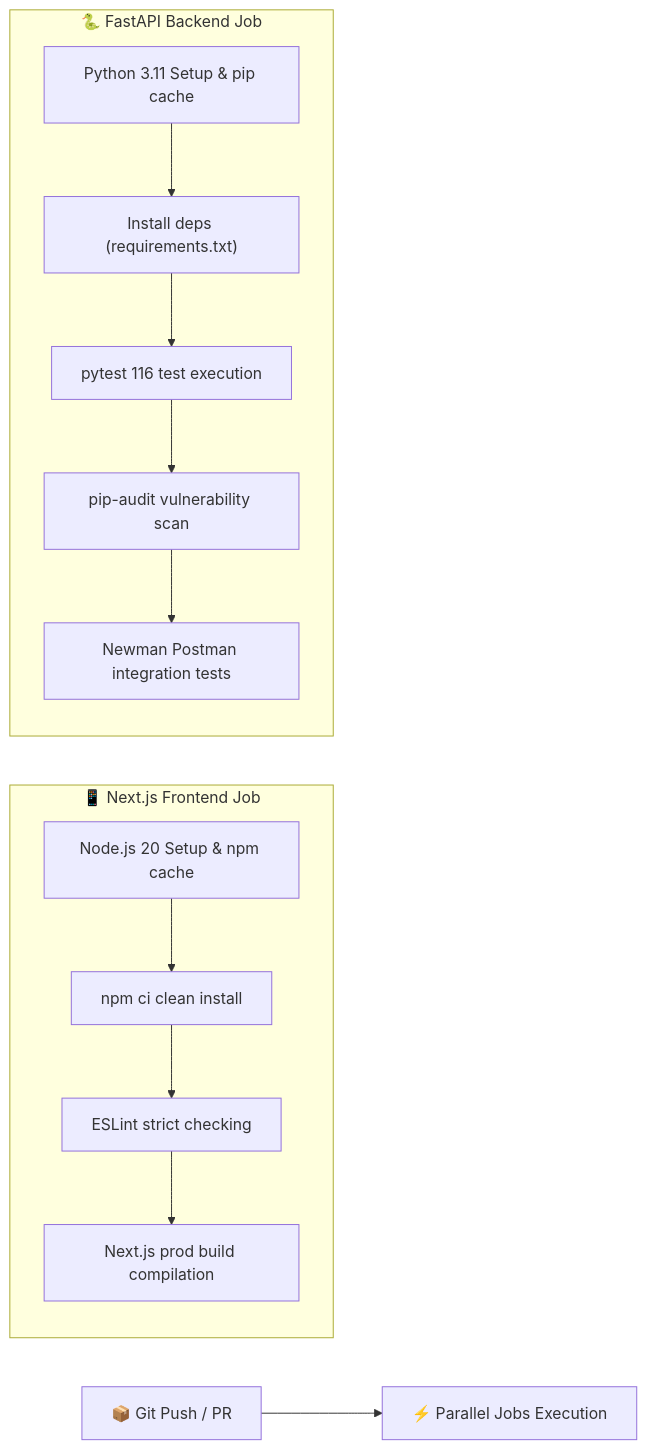
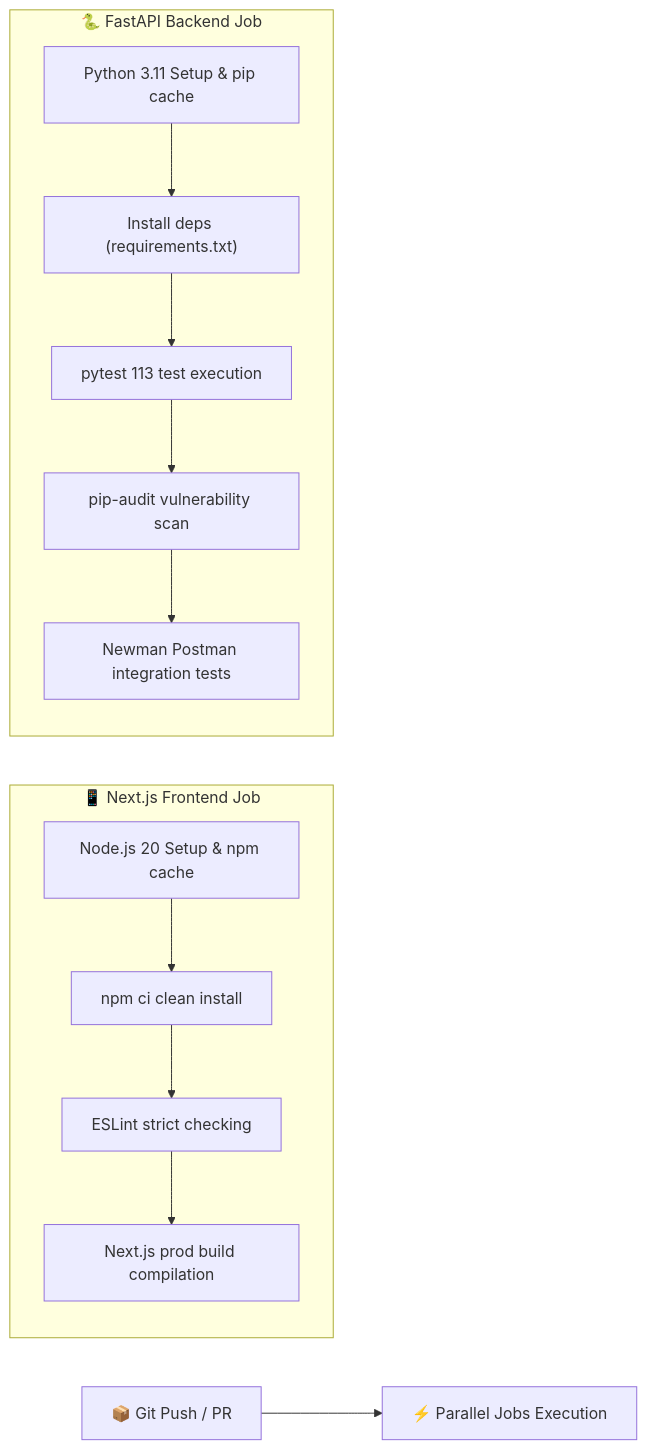
Before and after one commit to Anil-Pradhan-web/ai-career-mentor: diagram 11 of 12 in README.md, drawn with Mermaid. The commit also changed other lines of this file and 5 other files, not shown here.

````diff
--- a/README.md
+++ b/README.md
@@ -670,19 +761,19 @@
 ```mermaid
 flowchart LR
     TRIGGER["📦 Git Push / PR"] --> PARALLEL["⚡ Parallel Jobs Execution"]
     
     subgraph "📱 Next.js Frontend Job"
         F1["Node.js 20 Setup & npm cache"]
         F1 --> F2["npm ci clean install"]
         F2 --> F3["ESLint strict checking"]
         F3 --> F4["Next.js prod build compilation"]
     end
     
     subgraph "🐍 FastAPI Backend Job"
         B1["Python 3.11 Setup & pip cache"]
         B1 --> B2["Install deps (requirements.txt)"]
-        B2 --> B3["pytest 116 test execution"]
+        B2 --> B3["pytest 113 test execution"]
         B3 --> B4["pip-audit vulnerability scan"]
         B4 --> B5["Newman Postman integration tests"]
     end
 ```
````
